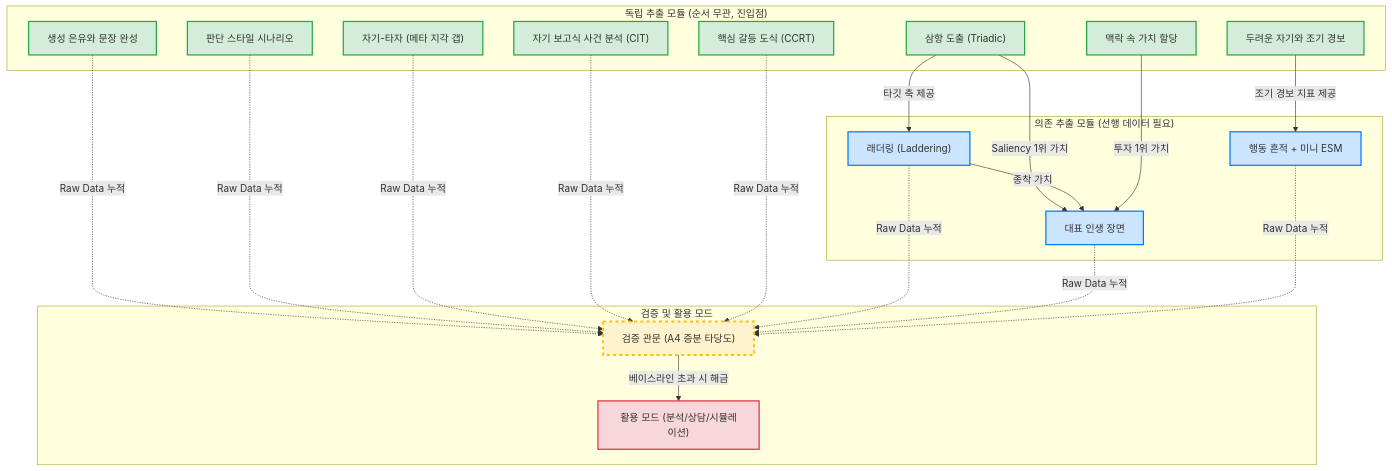
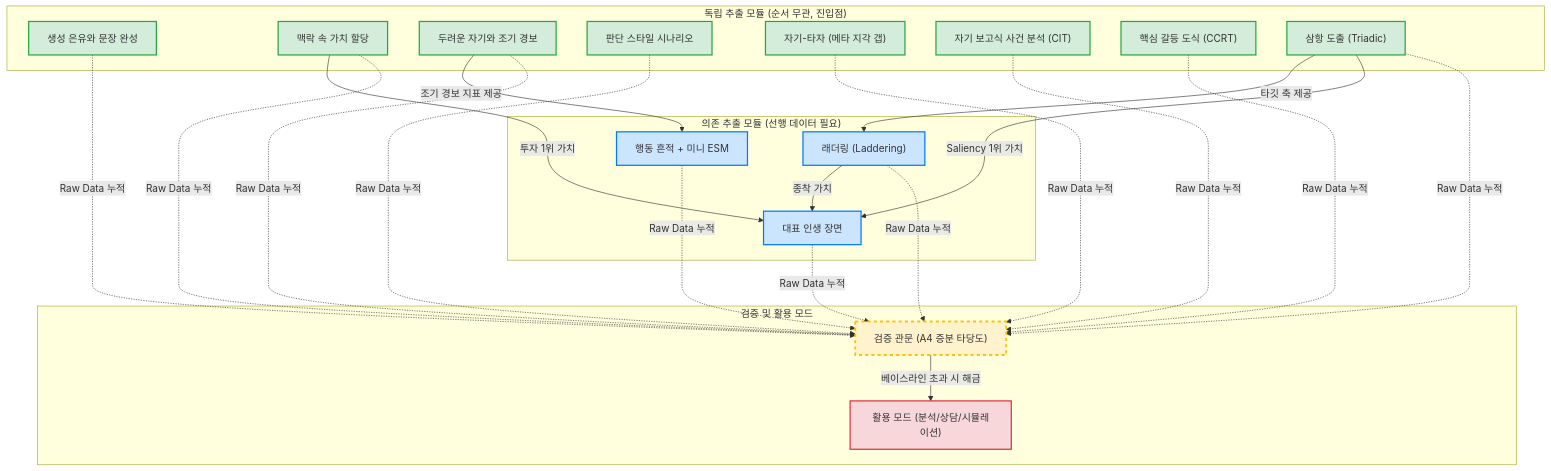
Before and after one commit to YiTanJang/extracting-the-human-mind: the diagram in 추출 파이프라인.md, drawn with Mermaid. The commit also changed 1 other file, not shown here.

Commit message:
docs: add missing verification edges in DAG and append readability review findings

````diff
--- a/추출 파이프라인.md
+++ b/추출 파이프라인.md
@@ -5,44 +5,44 @@
 ```mermaid
 graph TD
     %% Define styles
     classDef startNode fill:#d4edda,stroke:#28a745,stroke-width:2px;
     classDef depNode fill:#cce5ff,stroke:#007bff,stroke-width:2px;
     classDef verifyNode fill:#fff3cd,stroke:#ffc107,stroke-width:3px,stroke-dasharray: 5 5;
     classDef outputNode fill:#f8d7da,stroke:#dc3545,stroke-width:2px;
 
     %% Independent Extraction Methods
     subgraph "독립 추출 모듈 (순서 무관, 진입점)"
         M1["생성 은유와 문장 완성"]:::startNode
         M2["맥락 속 가치 할당"]:::startNode
         M3["두려운 자기와 조기 경보"]:::startNode
         M4["판단 스타일 시나리오"]:::startNode
         M5["자기-타자 (메타 지각 갭)"]:::startNode
         M6["자기 보고식 사건 분석 (CIT)"]:::startNode
         M7["핵심 갈등 도식 (CCRT)"]:::startNode
         M8["삼항 도출 (Triadic)"]:::startNode
     end
 
     %% Dependent Extraction Methods
     subgraph "의존 추출 모듈 (선행 데이터 필요)"
         D1["래더링 (Laddering)"]:::depNode
         D2["대표 인생 장면"]:::depNode
         D3["행동 흔적 + 미니 ESM"]:::depNode
     end
 
     %% Verification & Output
     subgraph "검증 및 활용 모드"
         V1["검증 관문 (A4 증분 타당도)"]:::verifyNode
         O1["활용 모드 (분석/상담/시뮬레이션)"]:::outputNode
     end
 
     %% Edges for Dependencies
     M8 -->|타깃 축 제공| D1
     M8 -->|Saliency 1위 가치| D2
     D1 -->|종착 가치| D2
     M2 -->|투자 1위 가치| D2
     M3 -->|조기 경보 지표 제공| D3
 
     %% Verification Flow
-    M1 & M4 & M5 & M6 & M7 & D1 & D2 & D3 -.->|Raw Data 누적| V1
+    M1 & M2 & M3 & M4 & M5 & M6 & M7 & M8 & D1 & D2 & D3 -.->|Raw Data 누적| V1
     V1 -->|베이스라인 초과 시 해금| O1
 ```
````
